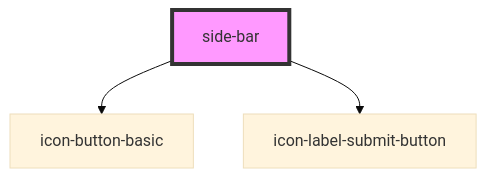
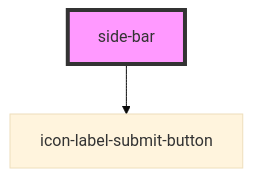
One commit to techvariable/NeptuneConnectComponents changed the diagram in src/components/settingsPage/side-bar/readme.md. Above: the diagram before and after it, drawn with Mermaid (base theme). The commit also changed other lines of this file and 6 other files, not shown here.

````diff
--- a/src/components/settingsPage/side-bar/readme.md
+++ b/src/components/settingsPage/side-bar/readme.md
@@ -24,6 +23,5 @@
 ```mermaid
 graph TD;
-  side-bar --> icon-button-basic
   side-bar --> icon-label-submit-button
   style side-bar fill:#f9f,stroke:#333,stroke-width:4px
 ```
````
